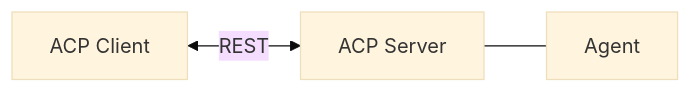
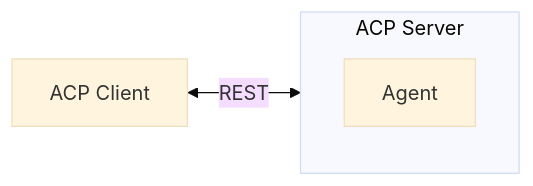
The first of 4 diagrams in docs/core-concepts/architecture.mdx (i-am-bee/acp), drawn with Mermaid (base theme) before and after one commit. The commit also changed other lines of this file, not shown here.

First line of the commit message:
docs: enhance architecture page with additional variations and agent role clarification

````diff
--- a/docs/core-concepts/architecture.mdx
+++ b/docs/core-concepts/architecture.mdx
@@ -10,4 +20,8 @@
 ```mermaid
 flowchart LR
-    Client1["ACP Client"] <-->|REST| Server1["ACP Server"] --- Agent1["Agent"]
+    Client1["ACP Client"] <-->|REST| Server1
+    
+    subgraph Server1 ["ACP Server"]
+        Agent1["Agent"]
+    end
 ```
````
